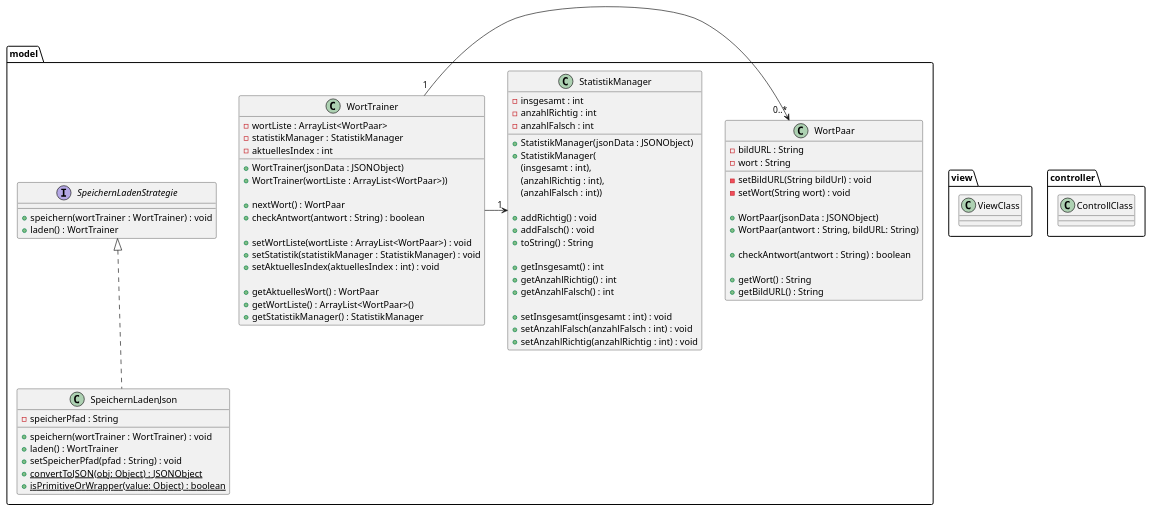
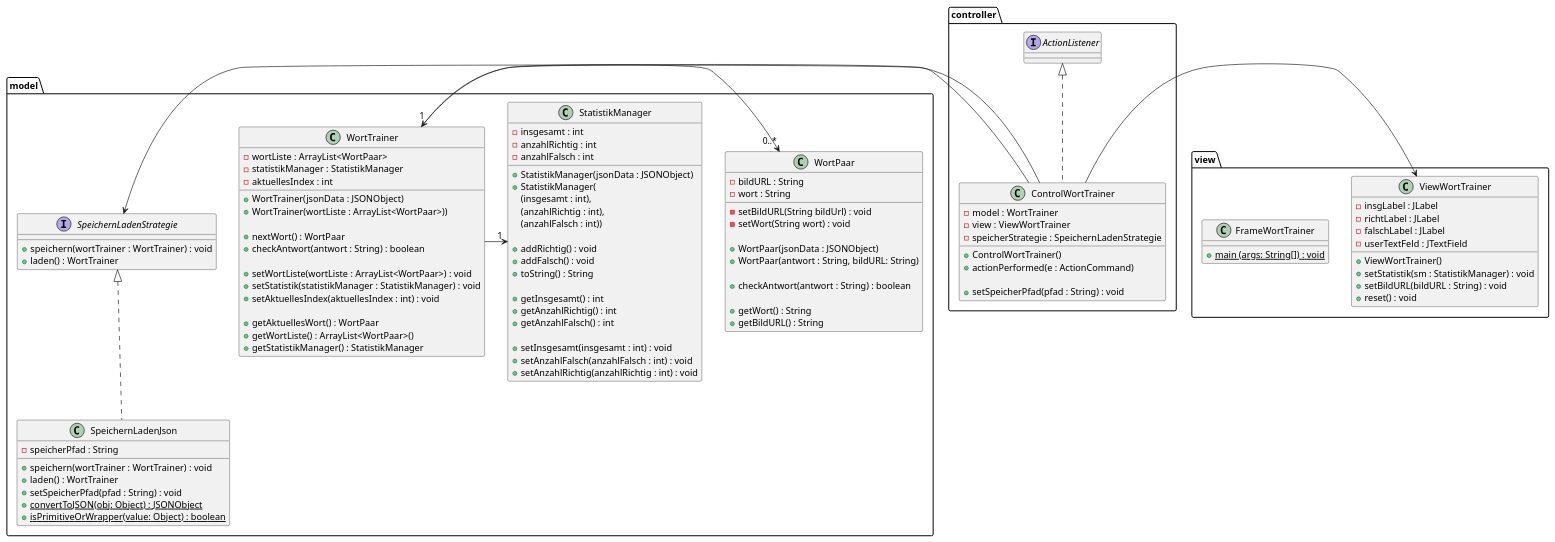
The diagram in Worttrainer_UML.puml (TGM-HIT/sew9-2425-worttrainer-aaabdulkarim), drawn with PlantUML before and after one commit. The commit also changed 1 other file, not shown here.

Commit message:
Für das GUI ein UML entwickelt mit Inkludieren von Persistenz

```diff
--- a/Worttrainer_UML.puml
+++ b/Worttrainer_UML.puml
@@ -1,100 +1,125 @@
 @startuml
 'https://plantuml.com/class-diagram
 
 package model {
 
     class WortPaar {
         - bildURL : String
         - wort : String
 
         - setBildURL(String bildUrl) : void
         - setWort(String wort) : void
 
         + WortPaar(jsonData : JSONObject)
         + WortPaar(antwort : String, bildURL: String)
 
         + checkAntwort(antwort : String) : boolean
 
         + getWort() : String
         + getBildURL() : String
 
     }
 
     class WortTrainer {
         - wortListe : ArrayList<WortPaar>
         - statistikManager : StatistikManager
         - aktuellesIndex : int
 
         + WortTrainer(jsonData : JSONObject)
         + WortTrainer(wortListe : ArrayList<WortPaar>))
 
         + nextWort() : WortPaar
         + checkAntwort(antwort : String) : boolean
 
         + setWortListe(wortListe : ArrayList<WortPaar>) : void
         + setStatistik(statistikManager : StatistikManager) : void
         + setAktuellesIndex(aktuellesIndex : int) : void
 
         + getAktuellesWort() : WortPaar
         + getWortListe() : ArrayList<WortPaar>()
         + getStatistikManager() : StatistikManager
 
     }
 
     class StatistikManager {
         - insgesamt : int
         - anzahlRichtig : int
         - anzahlFalsch : int
 
         + StatistikManager(jsonData : JSONObject)
         + StatistikManager(
         (insgesamt : int),
         (anzahlRichtig : int),
         (anzahlFalsch : int))
 
         + addRichtig() : void
         + addFalsch() : void
         + toString() : String
 
         + getInsgesamt() : int
         + getAnzahlRichtig() : int
         + getAnzahlFalsch() : int
 
         + setInsgesamt(insgesamt : int) : void
         + setAnzahlFalsch(anzahlFalsch : int) : void
         + setAnzahlRichtig(anzahlRichtig : int) : void
     }
 
     interface SpeichernLadenStrategie{
         + speichern(wortTrainer : WortTrainer) : void
         + laden() : WortTrainer
     }
 
     class SpeichernLadenJson implements SpeichernLadenStrategie{
         - speicherPfad : String
         + speichern(wortTrainer : WortTrainer) : void
         + laden() : WortTrainer
         + setSpeicherPfad(pfad : String) : void
         + {static} convertToJSON(obj: Object) : JSONObject
         + {static} isPrimitiveOrWrapper(value: Object) : boolean
     }
 }
 
 
 package view {
-    class ViewClass {
+    class FrameWortTrainer{
+        + {static} main (args: String[]) : void
+    }
+
+    class ViewWortTrainer {
+        - insgLabel : JLabel
+        - richtLabel : JLabel
+        - falschLabel : JLabel
+        - userTextFeld : JTextField
+        + ViewWortTrainer()
+        + setStatistik(sm : StatistikManager) : void
+        + setBildURL(bildURL : String) : void
+        + reset() : void
     }
 }
 
 package controller {
-    class ControllClass {
+    class ControlWortTrainer implements ActionListener{
+        - model : WortTrainer
+        - view : ViewWortTrainer
+        - speicherStrategie : SpeichernLadenStrategie
+
+        + ControlWortTrainer()
+        + actionPerformed(e : ActionCommand)
+
+        + setSpeicherPfad(pfad : String) : void
+        
     }
 }
-
-
 
 
 WortTrainer "1" -> "0..*" WortPaar
 WortTrainer -> "1" StatistikManager
 
+/' MVC Struktur'/
+ControlWortTrainer -> WortTrainer
+ControlWortTrainer -> ViewWortTrainer
+ControlWortTrainer -> SpeichernLadenStrategie
+
+
 @enduml
```
